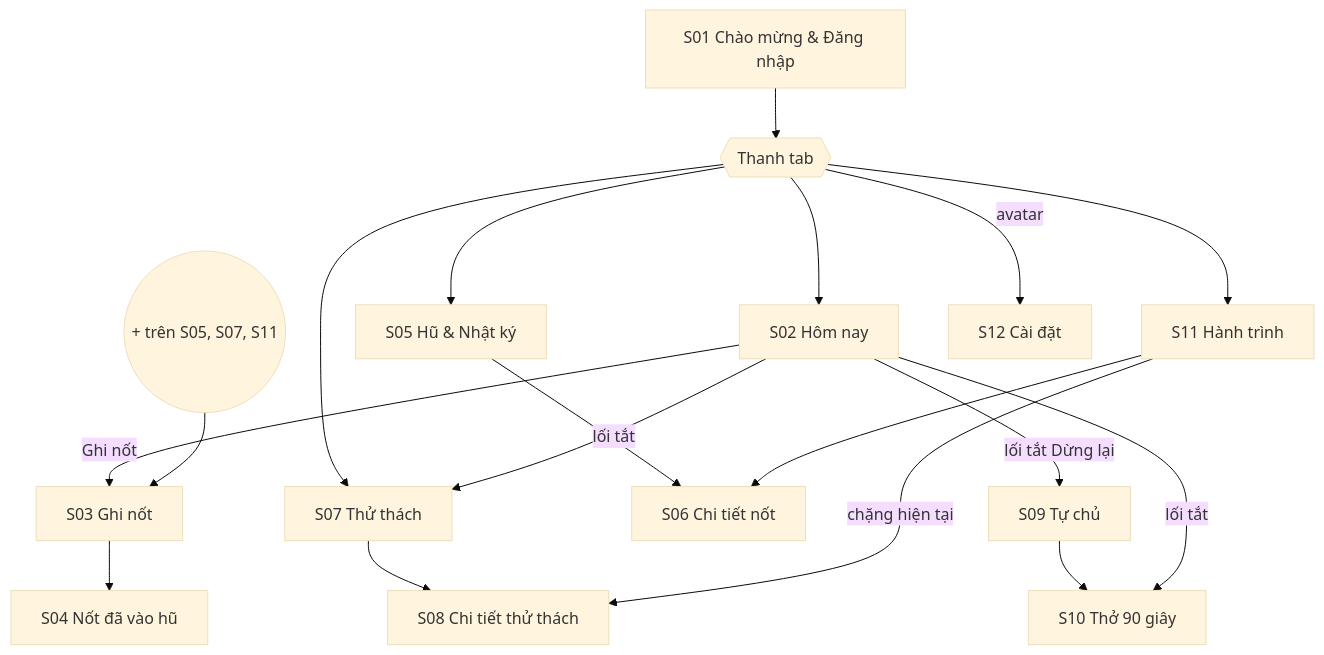
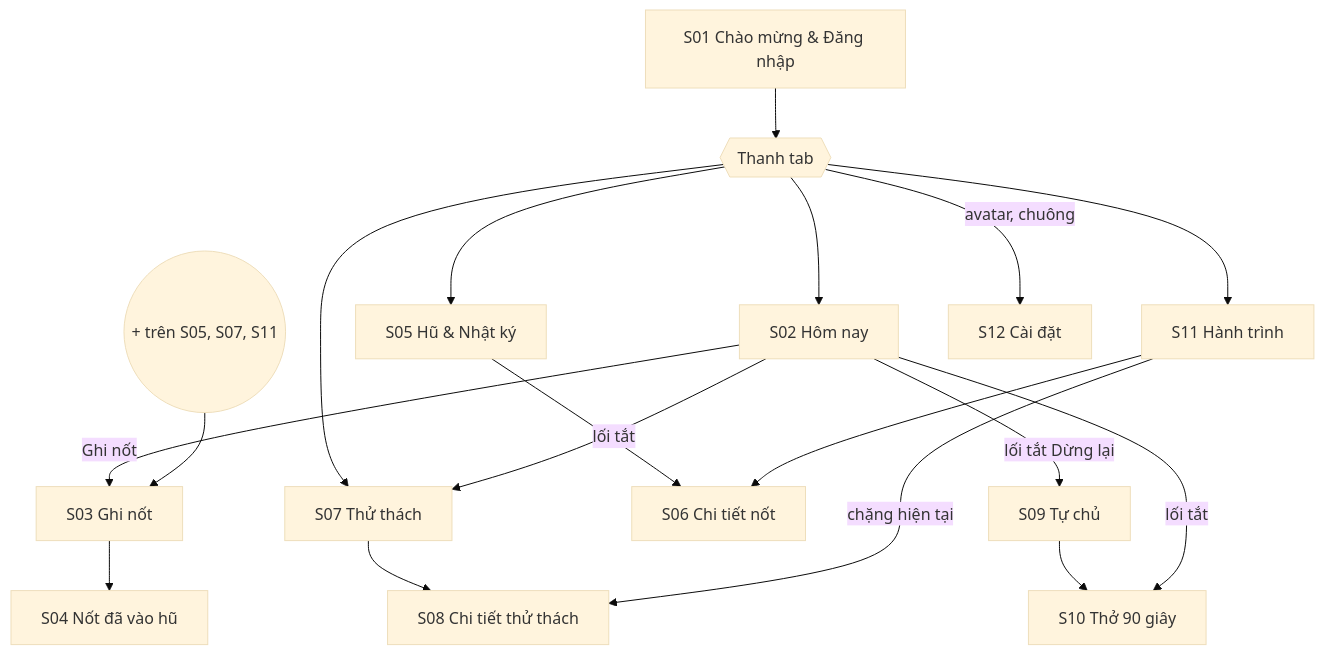
Before and after one commit to FU-PRM-Projects/prm393-lab2-group9: the first of 6 diagrams in ux/user-flow.md, drawn with Mermaid (base theme). The commit also changed other lines of this file and 47 other files, not shown here.

````diff
--- a/ux/user-flow.md
+++ b/ux/user-flow.md
@@ -23,20 +23,20 @@
 ```mermaid
 flowchart TD
     S01[S01 Chào mừng & Đăng nhập] --> TAB{{Thanh tab}}
     TAB --> S02[S02 Hôm nay]
     TAB --> S05[S05 Hũ & Nhật ký]
     TAB --> S07[S07 Thử thách]
     TAB --> S11[S11 Hành trình]
     S02 -->|Ghi nốt| S03[S03 Ghi nốt]
     FAB((+ trên S05, S07, S11)) --> S03
     S03 --> S04[S04 Nốt đã vào hũ]
     S05 --> S06[S06 Chi tiết nốt]
     S11 --> S06
     S07 --> S08[S08 Chi tiết thử thách]
     S11 -->|chặng hiện tại| S08
     S02 -->|lối tắt| S07
     S02 -->|lối tắt Dừng lại| S09[S09 Tự chủ]
     S09 --> S10[S10 Thở 90 giây]
     S02 -->|lối tắt| S10
-    TAB -->|avatar| S12[S12 Cài đặt]
+    TAB -->|avatar, chuông| S12[S12 Cài đặt]
 ```
````
